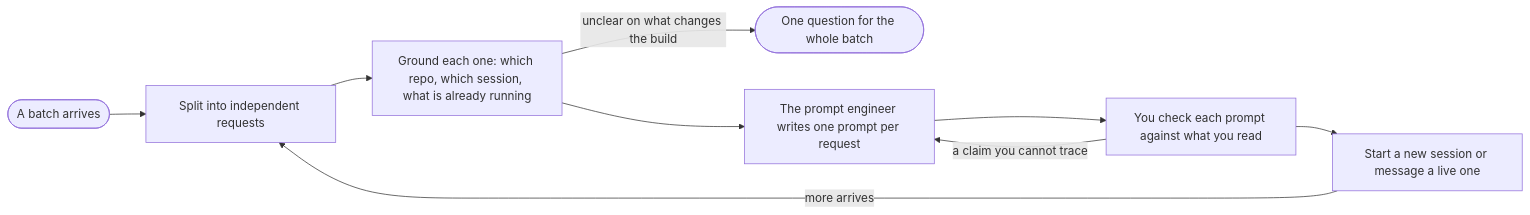
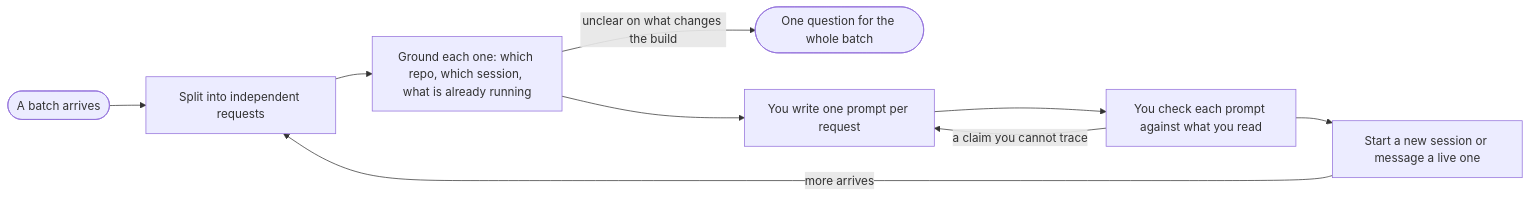
Before and after one commit to EthanITA/Mode: the diagram in skills/mode/modes/dispatcher.md, drawn with Mermaid. The commit also changed other lines of this file and 2 other files, not shown here.

Commit message:
feat(modes): dispatcher writes its own prompts, the prompt-engineer teammate is gone

````diff
--- a/skills/mode/modes/dispatcher.md
+++ b/skills/mode/modes/dispatcher.md
@@ -32,11 +32,11 @@
 ```mermaid
 flowchart LR
     R([A batch arrives]) --> S[Split into independent requests]
     S --> G[Ground each one: which repo, which session, what is already running]
     G -- unclear on what changes the build --> Q([One question for the whole batch])
-    G --> E[The prompt engineer writes one prompt per request]
+    G --> E[You write one prompt per request]
     E --> V[You check each prompt against what you read]
     V -- a claim you cannot trace --> E
     V --> D[Start a new session or message a live one]
     D -- more arrives --> S
 ```
````
